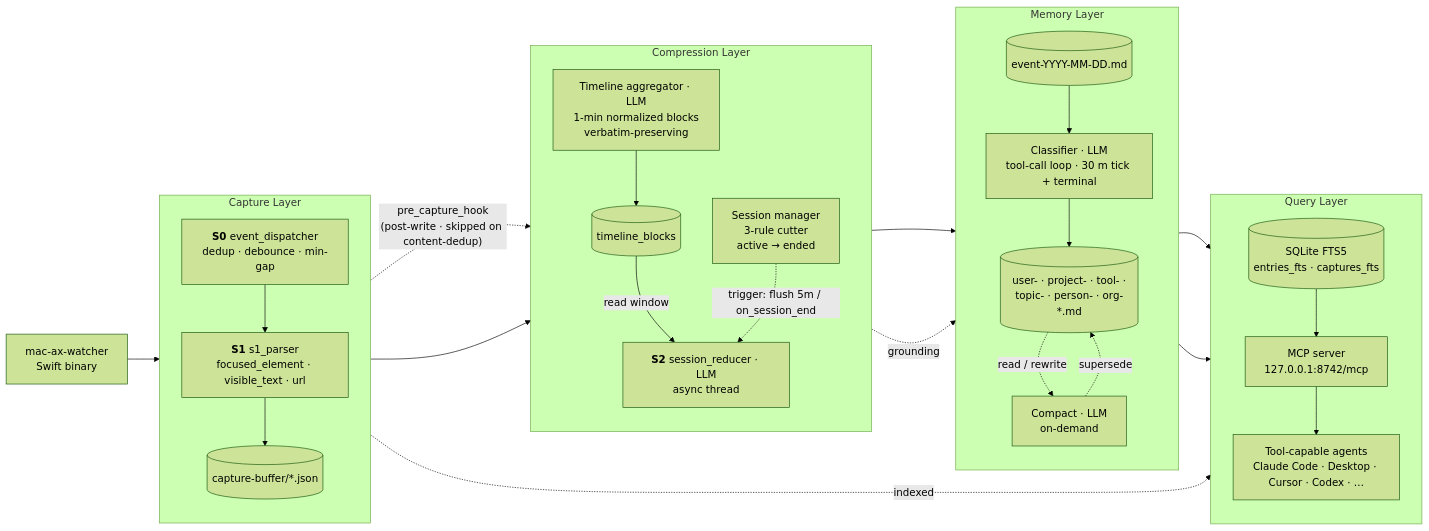
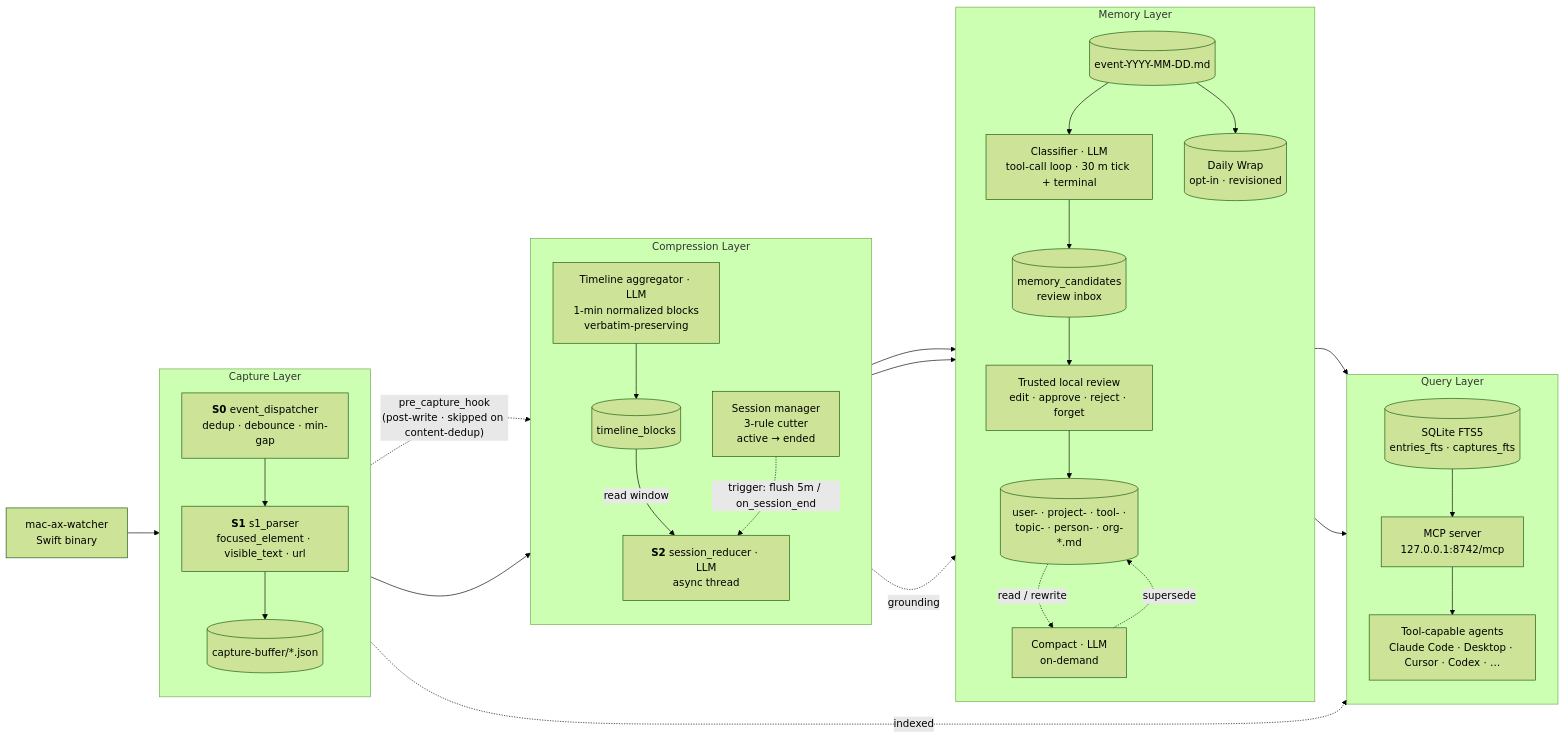
Before and after one commit to chimeraHHH/OpenChronicle: the first of 2 diagrams in docs/architecture.md, drawn with Mermaid (forest theme). The commit also changed other lines of this file and 52 other files, not shown here.

Commit message:
add grounded review-first memory and Daily Wrap

````diff
--- a/docs/architecture.md
+++ b/docs/architecture.md
@@ -5,51 +5,56 @@
 ```mermaid
 flowchart LR
     W[mac-ax-watcher<br/>Swift binary]
 
     subgraph capture [Capture Layer]
         direction TB
         S0["<b>S0</b> event_dispatcher<br/>dedup · debounce · min-gap"]
         S1["<b>S1</b> s1_parser<br/>focused_element · visible_text · url"]
         BUF[(capture-buffer/*.json)]
         S0 --> S1 --> BUF
     end
 
     subgraph compress [Compression Layer]
         direction TB
         TL["Timeline aggregator · LLM<br/>1-min normalized blocks<br/>verbatim-preserving"]
         BLOCKS[(timeline_blocks)]
         SM["Session manager<br/>3-rule cutter<br/>active → ended"]
         S2["<b>S2</b> session_reducer · LLM<br/>async thread"]
         TL --> BLOCKS
         BLOCKS -- read window --> S2
         SM -. trigger: flush 5m / on_session_end .-> S2
     end
 
     subgraph memory [Memory Layer]
         direction TB
         ED[(event-YYYY-MM-DD.md)]
         CLF["Classifier · LLM<br/>tool-call loop · 30 m tick + terminal"]
+        CAND[(memory_candidates<br/>review inbox)]
+        REVIEW["Trusted local review<br/>edit · approve · reject · forget"]
         MF[(user- · project- · tool- ·<br/>topic- · person- · org-*.md)]
+        WRAP[(Daily Wrap<br/>opt-in · revisioned)]
         CMP["Compact · LLM<br/>on-demand"]
-        ED --> CLF --> MF
+        ED --> CLF --> CAND --> REVIEW --> MF
+        ED --> WRAP
+        BLOCKS --> WRAP
         MF -. read / rewrite .-> CMP
         CMP -. supersede .-> MF
     end
 
     subgraph query [Query Layer]
         direction TB
         FTS[(SQLite FTS5<br/>entries_fts · captures_fts)]
         MCP["MCP server<br/>127.0.0.1:8742/mcp"]
         AG[Tool-capable agents<br/>Claude Code · Desktop · Cursor · Codex · …]
         FTS --> MCP --> AG
     end
 
     W --> S0
     BUF -. pre_capture_hook<br/>(post-write · skipped on content-dedup) .-> SM
     BUF --> TL
     S2 --> ED
     BLOCKS -. grounding .-> CLF
     MF --> FTS
     ED --> FTS
     BUF -. indexed .-> FTS
 ```
````
